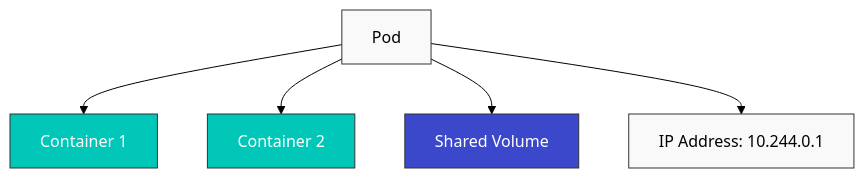
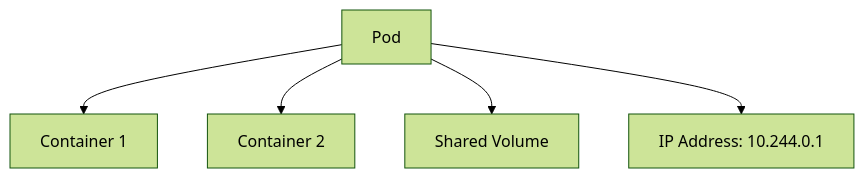
Before and after one commit to Atom-oh/kubernetes-docs: the diagram in core/02-pods-and-workloads.md, drawn with Mermaid (forest theme). The commit also changed other lines of this file, not shown here.

````diff
--- a/core/02-pods-and-workloads.md
+++ b/core/02-pods-and-workloads.md
@@ -43,19 +46,9 @@
 ```mermaid
 graph TD
     Pod[Pod] --> Container1[Container 1]
     Pod --> Container2[Container 2]
     Pod --> Volume[Shared Volume]
     Pod --> IP[IP Address: 10.244.0.1]
     
     %% 스타일 정의
-    classDef k8sComponent fill:#326CE5,stroke:#333,stroke-width:1px,color:white;
-    classDef userApp fill:#00C7B7,stroke:#333,stroke-width:1px,color:white;
-    classDef dataStore fill:#3B48CC,stroke:#333,stroke-width:1px,color:white;
-    classDef default fill:#f9f9f9,stroke:#333,stroke-width:1px,color:black;
-    
-    %% 클래스 적용
-    class Pod default;
-    class Container1,Container2 userApp;
-    class Volume dataStore;
-    class IP default;
 ```
````
